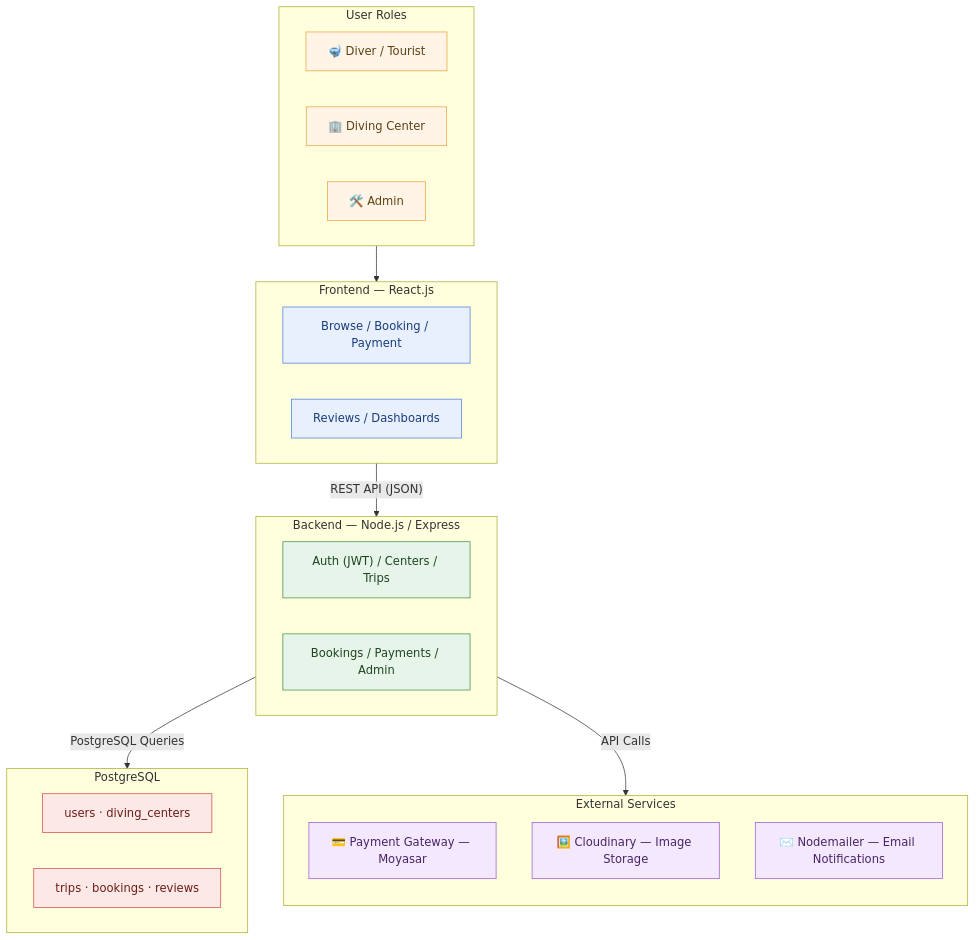
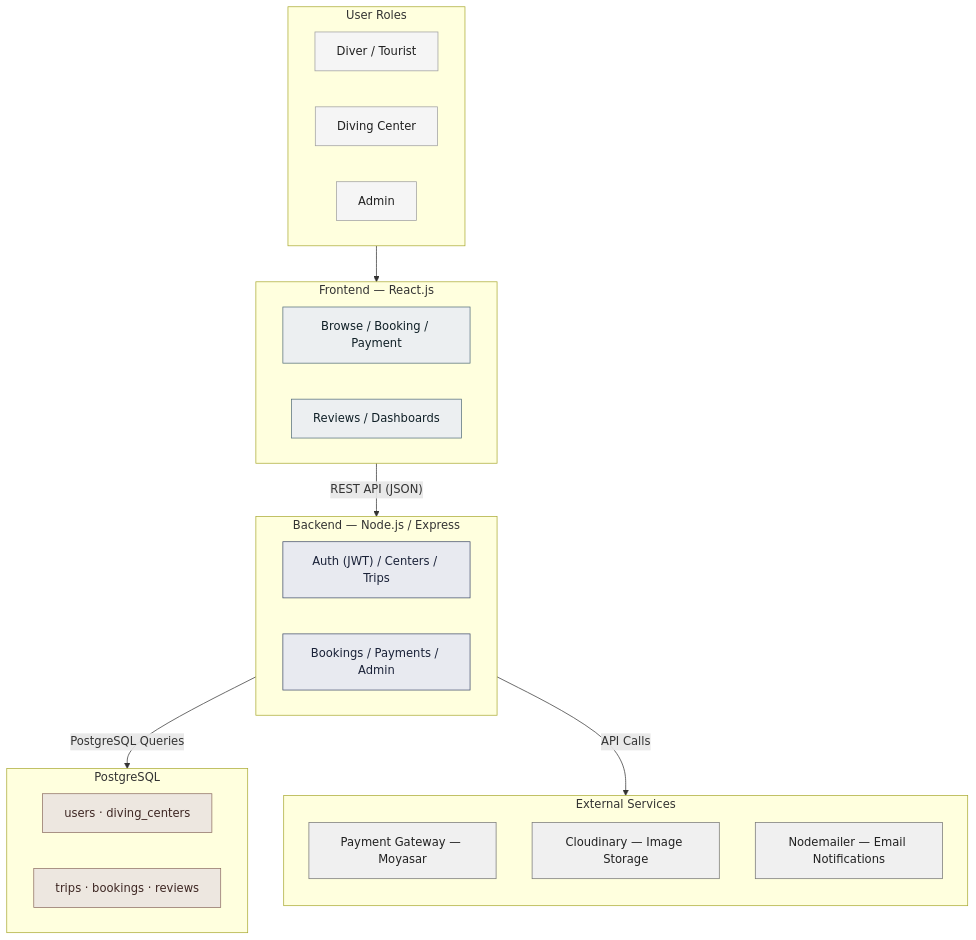
One commit to laradreamer79/Portfolio-Project changed the diagram in Stage 3/README.md. Above: the diagram before and after it, drawn with Mermaid.

Commit message:
Remove emojis from diagram, apply professional muted grayscale color palette

````diff
--- a/Stage 3/README.md
+++ b/Stage 3/README.md
@@ -26,53 +26,53 @@
 ```mermaid
 flowchart TB
     subgraph Roles[" User Roles "]
         direction LR
-        U1["🤿 Diver / Tourist"]
-        U2["🏢 Diving Center"]
-        U3["🛠️ Admin"]
+        U1["Diver / Tourist"]
+        U2["Diving Center"]
+        U3["Admin"]
     end
 
     Roles --> FE
 
     subgraph FE[" Frontend — React.js "]
         direction LR
         F1["Browse / Booking / Payment"]
         F2["Reviews / Dashboards"]
     end
 
     FE -- "REST API (JSON)" --> BE
 
     subgraph BE[" Backend — Node.js / Express "]
         direction LR
         B1["Auth (JWT) / Centers / Trips"]
         B2["Bookings / Payments / Admin"]
     end
 
     BE -- "PostgreSQL Queries" --> DB
     BE -- "API Calls" --> EXT
 
     subgraph DB[" PostgreSQL "]
         direction LR
         D1["users · diving_centers"]
         D2["trips · bookings · reviews"]
     end
 
     subgraph EXT[" External Services "]
         direction TB
-        E1["💳 Payment Gateway — Moyasar"]
-        E2["🖼️ Cloudinary — Image Storage"]
-        E3["✉️ Nodemailer — Email Notifications"]
+        E1["Payment Gateway — Moyasar"]
+        E2["Cloudinary — Image Storage"]
+        E3["Nodemailer — Email Notifications"]
     end
 
-    classDef roles fill:#FFF4E5,stroke:#E8A33D,stroke-width:1px,color:#5C4317
-    classDef frontend fill:#E8F0FE,stroke:#4C7EE0,stroke-width:1px,color:#1A3D7C
-    classDef backend fill:#E6F4EA,stroke:#3F9142,stroke-width:1px,color:#1E4620
-    classDef database fill:#FCE8E6,stroke:#D14B43,stroke-width:1px,color:#6B1E18
-    classDef external fill:#F3E8FD,stroke:#9B59D0,stroke-width:1px,color:#4A2566
+    classDef roles fill:#F5F5F5,stroke:#9E9E9E,stroke-width:1px,color:#212121
+    classDef frontend fill:#ECEFF1,stroke:#546E7A,stroke-width:1px,color:#102027
+    classDef backend fill:#E8EAF0,stroke:#3F4C6B,stroke-width:1px,color:#1A2238
+    classDef database fill:#EDE7E0,stroke:#8D6E63,stroke-width:1px,color:#3E2723
+    classDef external fill:#F0F0F0,stroke:#757575,stroke-width:1px,color:#212121
 
     class U1,U2,U3 roles
     class F1,F2 frontend
     class B1,B2 backend
     class D1,D2 database
     class E1,E2,E3 external
 ```
````
